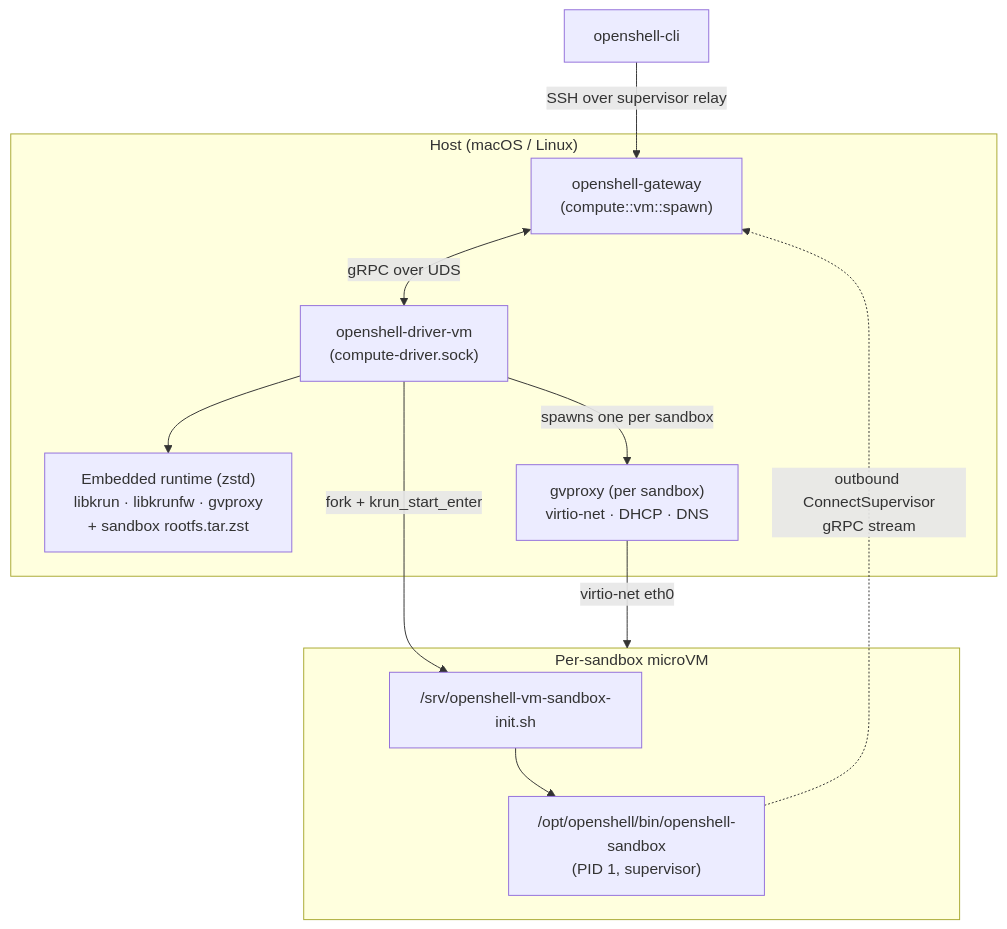
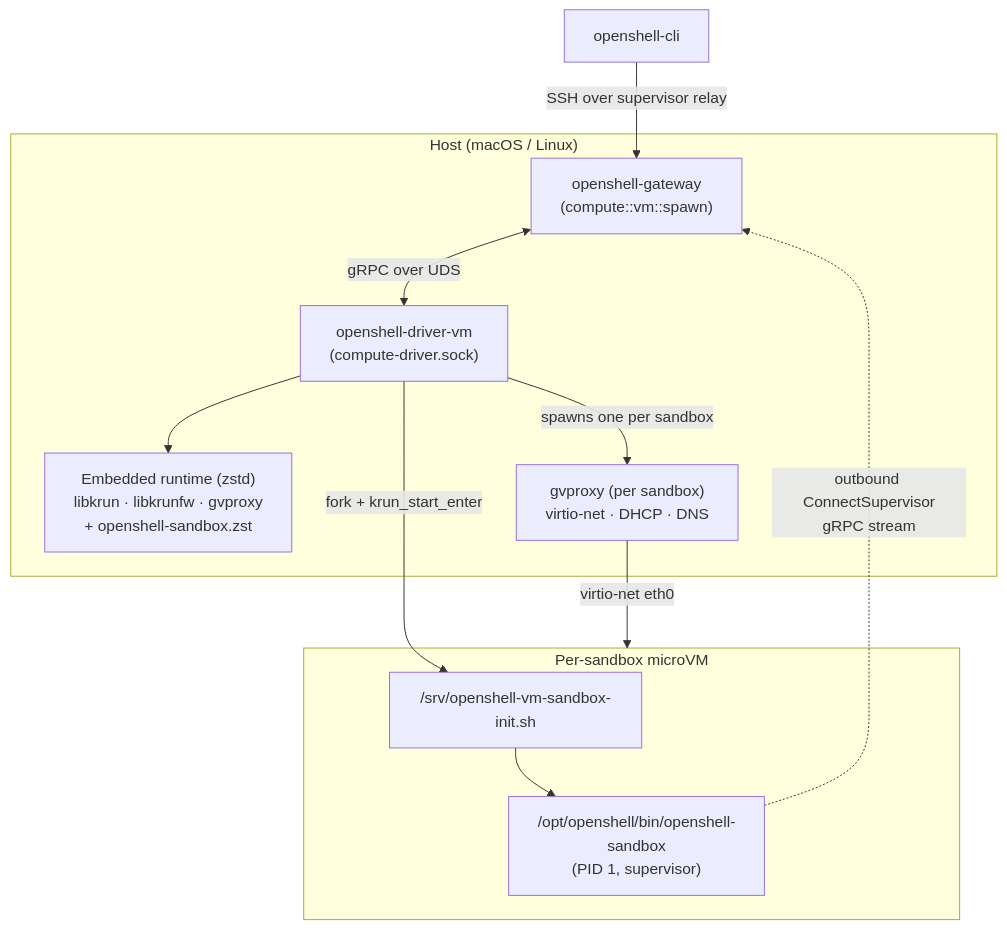
Before and after one commit to alessandro-festa/OpenShell: the first of 2 diagrams in architecture/custom-vm-runtime.md, drawn with Mermaid. The commit also changed other lines of this file and 21 other files, not shown here.

Commit message:
feat(vm): derive guest rootfs from sandbox images

````diff
--- a/architecture/custom-vm-runtime.md
+++ b/architecture/custom-vm-runtime.md
@@ -28,24 +29,24 @@
 ```mermaid
 graph TD
     subgraph Host["Host (macOS / Linux)"]
         GATEWAY["openshell-gateway<br/>(compute::vm::spawn)"]
         DRIVER["openshell-driver-vm<br/>(compute-driver.sock)"]
-        EMB["Embedded runtime (zstd)<br/>libkrun · libkrunfw · gvproxy<br/>+ sandbox rootfs.tar.zst"]
+        EMB["Embedded runtime (zstd)<br/>libkrun · libkrunfw · gvproxy<br/>+ openshell-sandbox.zst"]
         GVP["gvproxy (per sandbox)<br/>virtio-net · DHCP · DNS"]
 
         GATEWAY <-->|gRPC over UDS| DRIVER
         DRIVER --> EMB
         DRIVER -->|spawns one per sandbox| GVP
     end
 
     subgraph Guest["Per-sandbox microVM"]
         SBXINIT["/srv/openshell-vm-sandbox-init.sh"]
         SBX["/opt/openshell/bin/openshell-sandbox<br/>(PID 1, supervisor)"]
         SBXINIT --> SBX
     end
 
     DRIVER -- "fork + krun_start_enter" --> SBXINIT
     GVP -- "virtio-net eth0" --> Guest
     SBX -.->|"outbound ConnectSupervisor<br/>gRPC stream"| GATEWAY
     CLIENT["openshell-cli"] -->|SSH over supervisor relay| GATEWAY
 ```
````
